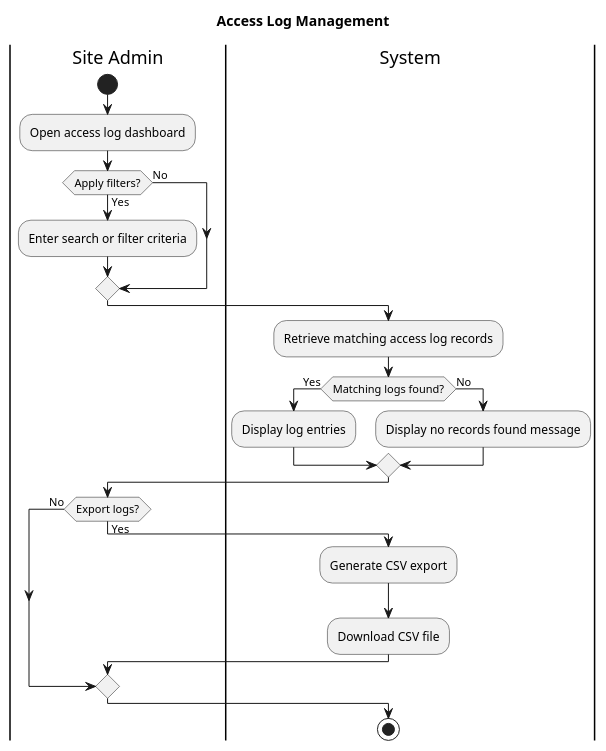
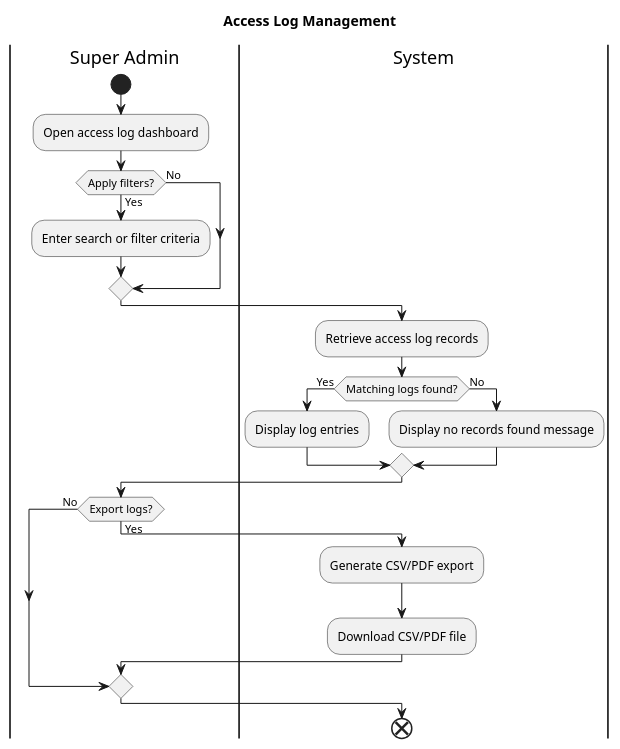
One commit to JanPerez35/PlantUML changed the diagram in activityDiagrams/Access Log Management.puml. Above: the diagram before and after it, drawn with PlantUML. The commit also changed 10 other files, not shown here.

Commit message:
Updated use case and activity diagrams.

```diff
--- a/activityDiagrams/Access Log Management.puml
+++ b/activityDiagrams/Access Log Management.puml
@@ -1,30 +1,30 @@
 @startuml
 title Access Log Management
 
-|Site Admin|
+|Super Admin|
 start
 :Open access log dashboard;
 
 if (Apply filters?) then (Yes)
   :Enter search or filter criteria;
 else (No)
 endif
 
 |System|
-:Retrieve matching access log records;
+:Retrieve access log records;
 if (Matching logs found?) then (Yes)
   :Display log entries;
 else (No)
   :Display no records found message;
 endif
 
-|Site Admin|
+|Super Admin|
 if (Export logs?) then (Yes)
   |System|
-  :Generate CSV export;
-  :Download CSV file;
+  :Generate CSV/PDF export;
+  :Download CSV/PDF file;
 else (No)
 endif
 
-stop
+end
 @enduml
```
